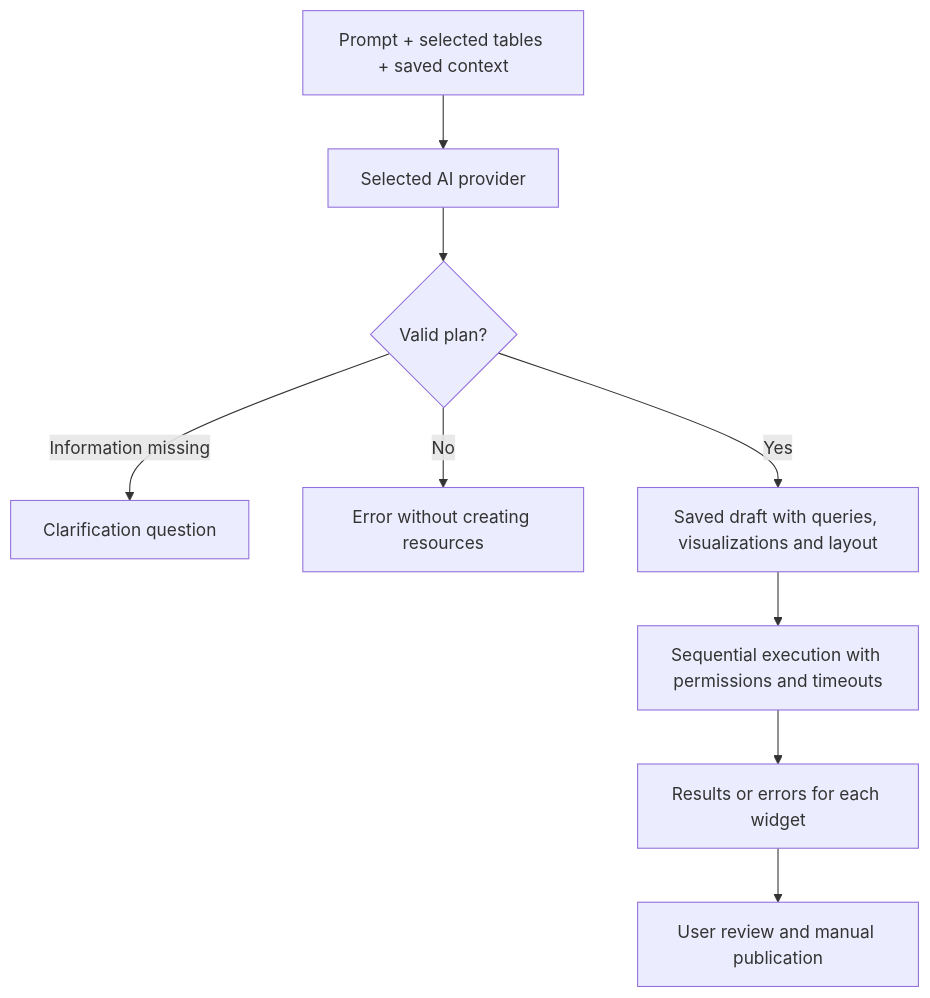
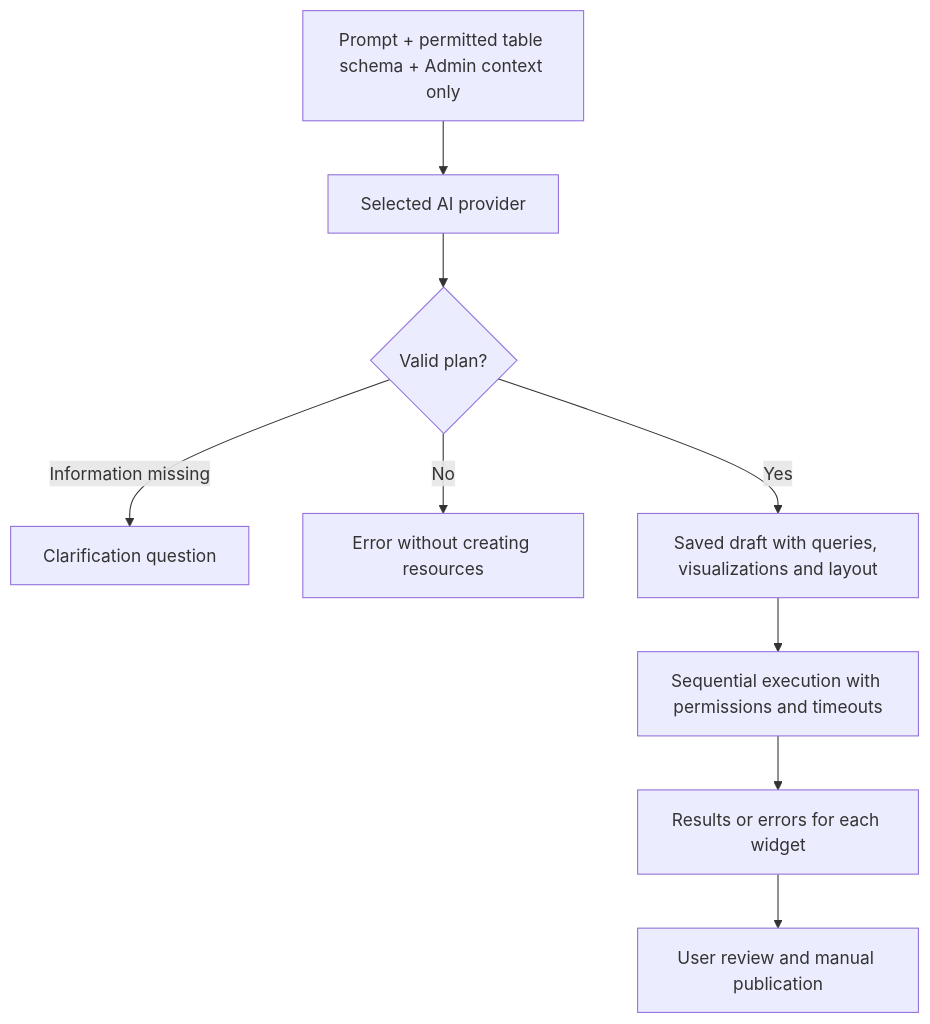
The diagram in USER_GUIDE.md (SlavchoSpasenoski/Bi-Dash), drawn with Mermaid before and after one commit. The commit also changed other lines of this file and 64 other files, not shown here.

````diff
--- a/USER_GUIDE.md
+++ b/USER_GUIDE.md
@@ -205,11 +209,11 @@
 ```mermaid
 flowchart TD
-    A[Prompt + selected tables + saved context] --> B[Selected AI provider]
+    A[Prompt + permitted table schema + Admin context only] --> B[Selected AI provider]
     B --> C{Valid plan?}
     C -->|Information missing| D[Clarification question]
     C -->|No| E[Error without creating resources]
     C -->|Yes| F[Saved draft with queries, visualizations and layout]
     F --> G[Sequential execution with permissions and timeouts]
     G --> H[Results or errors for each widget]
     H --> I[User review and manual publication]
 ```
````
